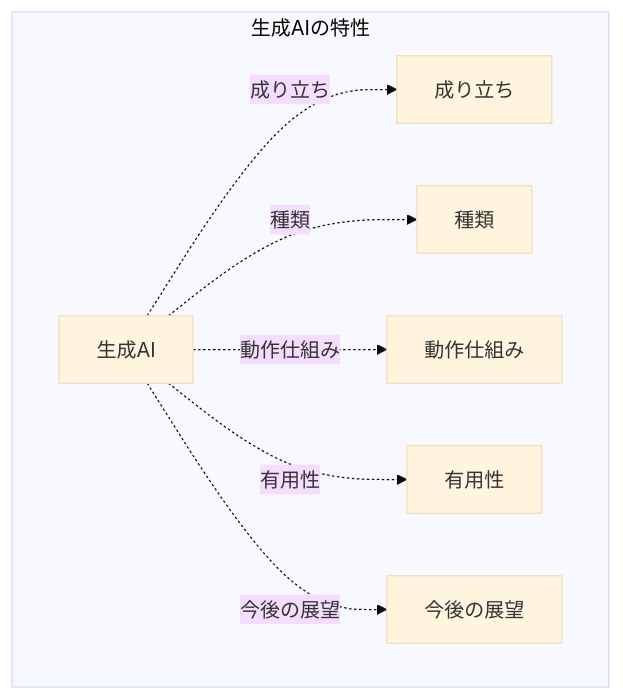
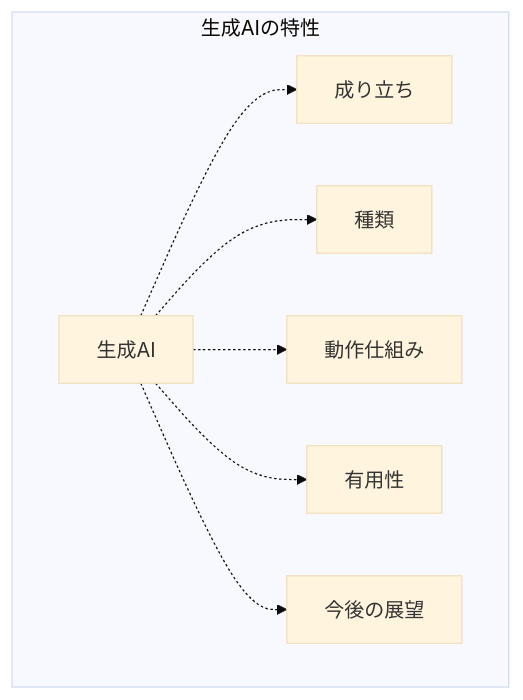
The second of 11 diagrams in README.md (SparklingDetergent/doc_genai_About_the_origins_and_types_of_generative_AI), drawn with Mermaid (base theme) before and after one commit. The commit also changed other lines of this file, not shown here.

````diff
--- a/README.md
+++ b/README.md
@@ -41,11 +41,11 @@
 ```mermaid
 graph TB
   GenAI["生成AI"]
   subgraph "生成AIの特性"
-    GenAI -.->|成り立ち| Origin["成り立ち"]
-    GenAI -.->|種類| Types["種類"]
-    GenAI -.->|動作仕組み| Mechanism["動作仕組み"]
-    GenAI -.->|有用性| Utility["有用性"]
-    GenAI -.->|今後の展望| Future["今後の展望"]
+    GenAI -.-> Origin["成り立ち"]
+    GenAI -.-> Types["種類"]
+    GenAI -.-> Mechanism["動作仕組み"]
+    GenAI -.-> Utility["有用性"]
+    GenAI -.-> Future["今後の展望"]
   end
 ```
````
